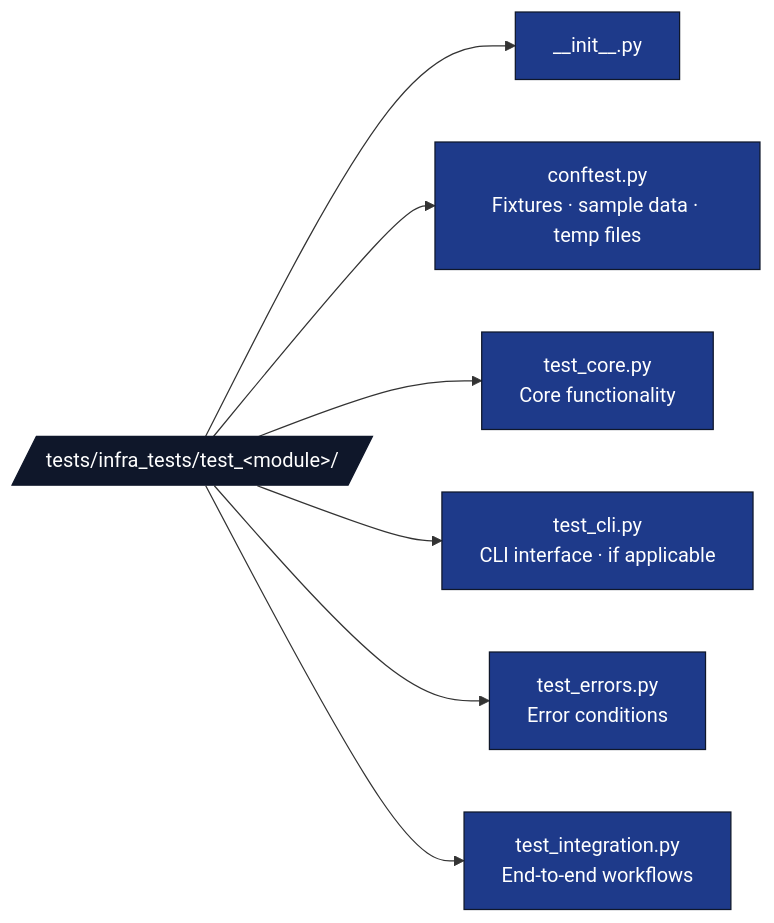
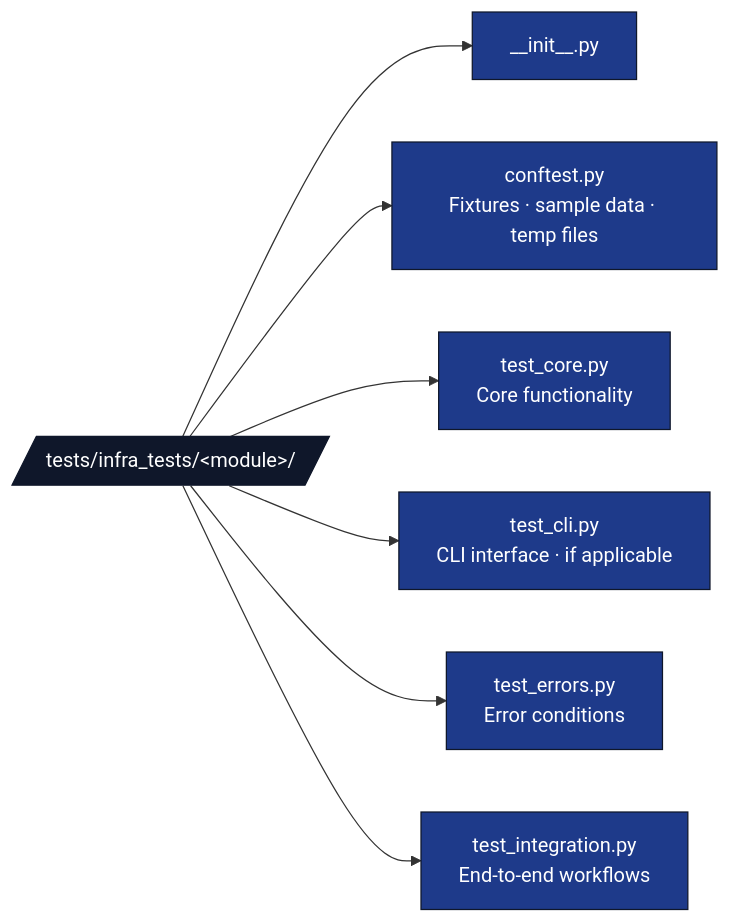
Before and after one commit to docxology/template: the second of 2 diagrams in docs/rules/testing_standards.md, drawn with Mermaid. The commit also changed other lines of this file and 35 other files, not shown here.

````diff
--- a/docs/rules/testing_standards.md
+++ b/docs/rules/testing_standards.md
@@ -61,15 +61,15 @@
 ```mermaid
 flowchart LR
-    T[/tests/infra_tests/test_&lt;module&gt;//]
+    T[/tests/infra_tests/&lt;module&gt;//]
     T --> INIT[__init__.py]
     T --> CFG[conftest.py<br/>Fixtures · sample data · temp files]
     T --> CORE[test_core.py<br/>Core functionality]
     T --> CLI[test_cli.py<br/>CLI interface · if applicable]
     T --> ERR[test_errors.py<br/>Error conditions]
     T --> INTEG[test_integration.py<br/>End-to-end workflows]
 
     classDef d fill:#0f172a,stroke:#0f172a,color:#fff
     classDef code fill:#1e3a8a,stroke:#0f172a,color:#fff
     class T d
     class INIT,CFG,CORE,CLI,ERR,INTEG code
 ```
````
